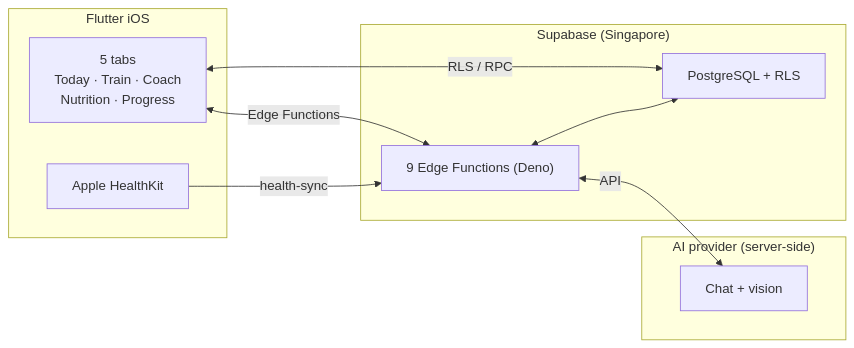
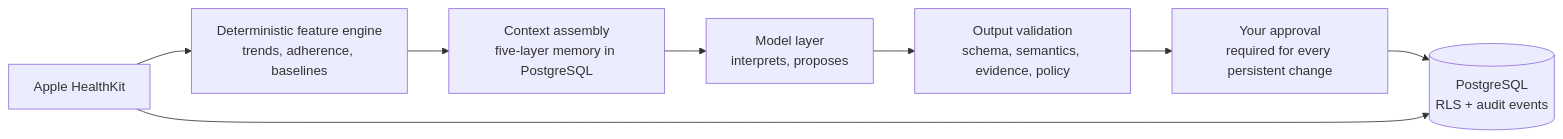
Before and after one commit to PurnaJear06/Tracend: the diagram in README.md, drawn with Mermaid. The commit also changed other lines of this file and 13 other files, not shown here.

````diff
--- a/README.md
+++ b/README.md
@@ -104,19 +86,10 @@
 ```mermaid
 flowchart LR
-  subgraph Client["Flutter iOS"]
-    UI["5 tabs<br/>Today · Train · Coach<br/>Nutrition · Progress"]
-    HK["Apple HealthKit"]
-  end
-  subgraph Supabase["Supabase (Singapore)"]
-    DB["PostgreSQL + RLS"]
-    EF["9 Edge Functions (Deno)"]
-  end
-  subgraph AI["AI provider (server-side)"]
-    FL["Chat + vision"]
-  end
-  UI <-->|RLS / RPC| DB
-  UI <-->|Edge Functions| EF
-  HK -->|health-sync| EF
-  EF <-->|API| FL
-  EF <--> DB
+  HK["Apple HealthKit"] --> FEAT["Deterministic feature engine<br/>trends, adherence, baselines"]
+  FEAT --> CTX["Context assembly<br/>five-layer memory in PostgreSQL"]
+  CTX --> AI["Model layer<br/>interprets, proposes"]
+  AI --> VAL["Output validation<br/>schema, semantics, evidence, policy"]
+  VAL --> APR["Your approval<br/>required for every persistent change"]
+  APR --> DB[("PostgreSQL<br/>RLS + audit events")]
+  HK --> DB
 ```
````
